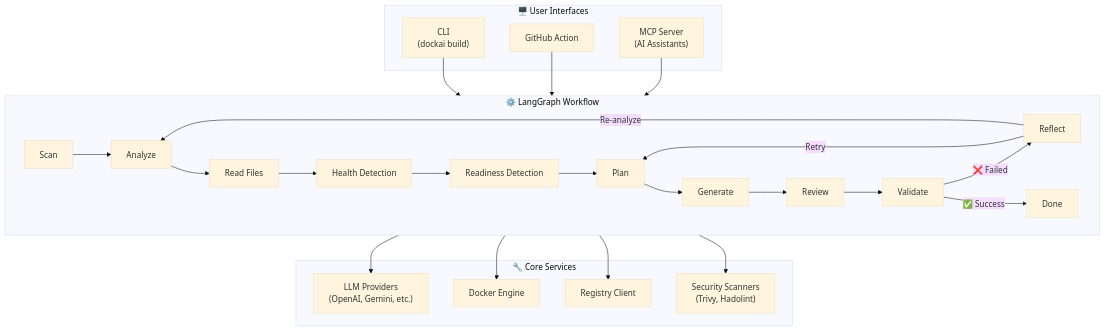
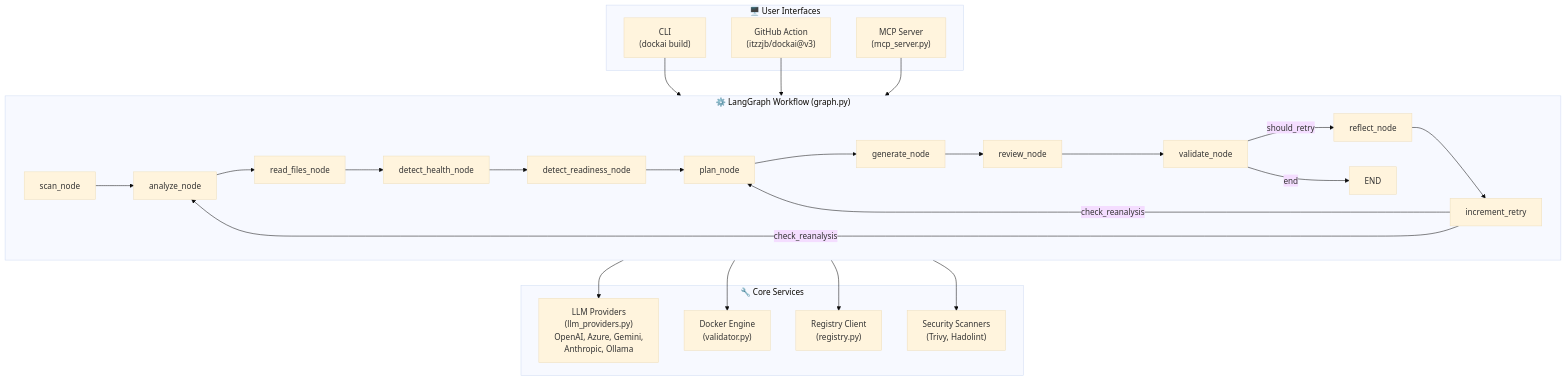
One commit to actions-marketplace-validations/itzzjb_dockai changed the first of 3 diagrams in docs/architecture.md. Above: the diagram before and after it, drawn with Mermaid (base theme). The commit also changed other lines of this file and 3 other files, not shown here.

Commit message:
docs: Update workflow diagrams and MCP server documentation for clarity and accuracy

````diff
--- a/docs/architecture.md
+++ b/docs/architecture.md
@@ -62,36 +62,37 @@
 ```mermaid
 flowchart TB
     subgraph Interfaces["🖥️ User Interfaces"]
         cli["CLI\n(dockai build)"]
-        action["GitHub Action"]
-        mcp["MCP Server\n(AI Assistants)"]
+        action["GitHub Action\n(itzzjb/dockai@v3)"]
+        mcp["MCP Server\n(mcp_server.py)"]
     end
     
-    subgraph Workflow["⚙️ LangGraph Workflow"]
-        scan["Scan"] --> analyze["Analyze"] --> read["Read Files"]
-        read --> health["Health Detection"] --> ready["Readiness Detection"]
-        ready --> plan["Plan"] --> generate["Generate"]
-        generate --> review["Review"] --> validate["Validate"]
+    subgraph Workflow["⚙️ LangGraph Workflow (graph.py)"]
+        scan["scan_node"] --> analyze["analyze_node"] --> read["read_files_node"]
+        read --> health["detect_health_node"] --> ready["detect_readiness_node"]
+        ready --> plan["plan_node"] --> generate["generate_node"]
+        generate --> review["review_node"] --> validate["validate_node"]
         
-        validate -->|"❌ Failed"| reflect["Reflect"]
-        reflect -->|"Retry"| plan
-        reflect -->|"Re-analyze"| analyze
-        validate -->|"✅ Success"| done["Done"]
+        validate -->|"should_retry"| reflect["reflect_node"]
+        reflect --> increment["increment_retry"]
+        increment -->|"check_reanalysis"| plan
+        increment -->|"check_reanalysis"| analyze
+        validate -->|"end"| done["END"]
     end
     
     subgraph Services["🔧 Core Services"]
-        llm["LLM Providers\n(OpenAI, Gemini, etc.)"]
-        docker["Docker Engine"]
-        registry["Registry Client"]
+        llm["LLM Providers\n(llm_providers.py)\nOpenAI, Azure, Gemini,\nAnthropic, Ollama"]
+        docker["Docker Engine\n(validator.py)"]
+        registry["Registry Client\n(registry.py)"]
         security["Security Scanners\n(Trivy, Hadolint)"]
     end
     
     cli --> Workflow
     action --> Workflow
     mcp --> Workflow
     
     Workflow --> llm
     Workflow --> docker
     Workflow --> registry
     Workflow --> security
 ```
````
